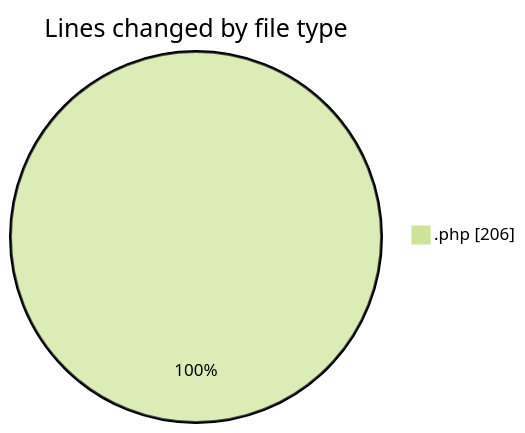
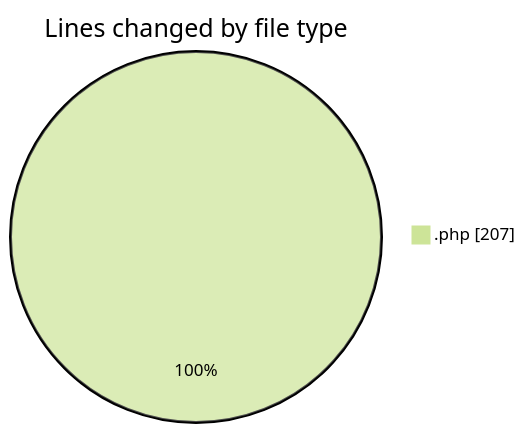
The first of 2 diagrams in 2026-08-26/oficina/README.md (LanceThiago/code-tracking), drawn with Mermaid (forest theme) before and after one commit. The commit also changed other lines of this file and 1 other file, not shown here.

````diff
--- a/2026-08-26/oficina/README.md
+++ b/2026-08-26/oficina/README.md
@@ -20,5 +20,5 @@
 ```mermaid
 pie showData
 title Lines changed by file type
-".php" : 206
+".php" : 207
 ```
````
